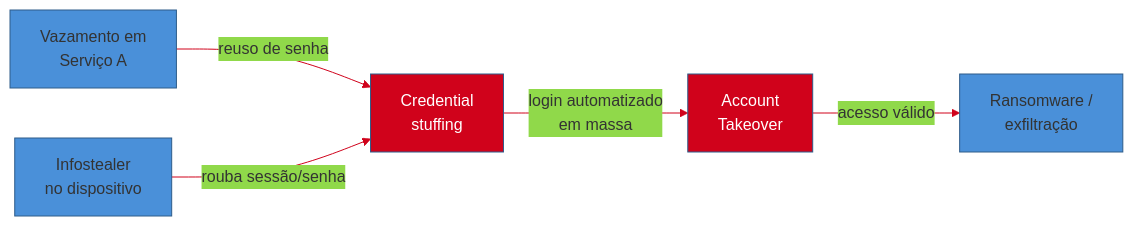
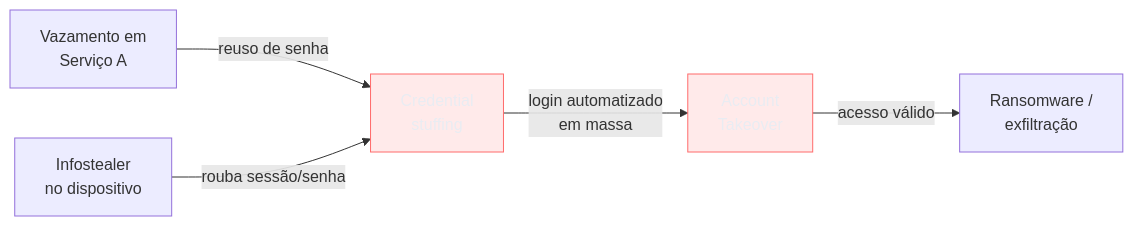
One commit to josenaldo/codex-technomanticus changed the third of 4 diagrams in 03-Dominios/Engenharia/Auth e Identidade/1 - Fundamentos de identidade/01 - Identidade, autenticação e autorização — o mapa.md. Above: the diagram before and after it, drawn with Mermaid. The commit also changed other lines of this file and 1181 other files, not shown here.

First line of the commit message:
fix(diagramas): paleta do sistema no lugar de cor cravada no markdown

````diff
--- a/03-Dominios/Engenharia/Auth e Identidade/1 - Fundamentos de identidade/01 - Identidade, autenticação e autorização — o mapa.md
+++ b/03-Dominios/Engenharia/Auth e Identidade/1 - Fundamentos de identidade/01 - Identidade, autenticação e autorização — o mapa.md
@@ -178,11 +178,11 @@
 ```mermaid
-%%{init: {"theme": "base", "themeVariables": {"primaryColor": "#4A90D9", "primaryBorderColor": "#2E5C8A", "lineColor": "#D0021B"}}}%%
 graph LR
+    classDef falha fill:#FF6B6B24,stroke:#FF6B6B,color:#E9ECF2
     L["Vazamento em<br/>Serviço A"] -->|"reuso de senha"| CS["Credential<br/>stuffing"]
     IS["Infostealer<br/>no dispositivo"] -->|"rouba sessão/senha"| CS
     CS -->|"login automatizado<br/>em massa"| ATO["Account<br/>Takeover"]
     ATO -->|"acesso válido"| RW["Ransomware /<br/>exfiltração"]
 
-    style CS fill:#D0021B,color:#fff
-    style ATO fill:#D0021B,color:#fff
+    class CS falha
+    class ATO falha
 ```
````
